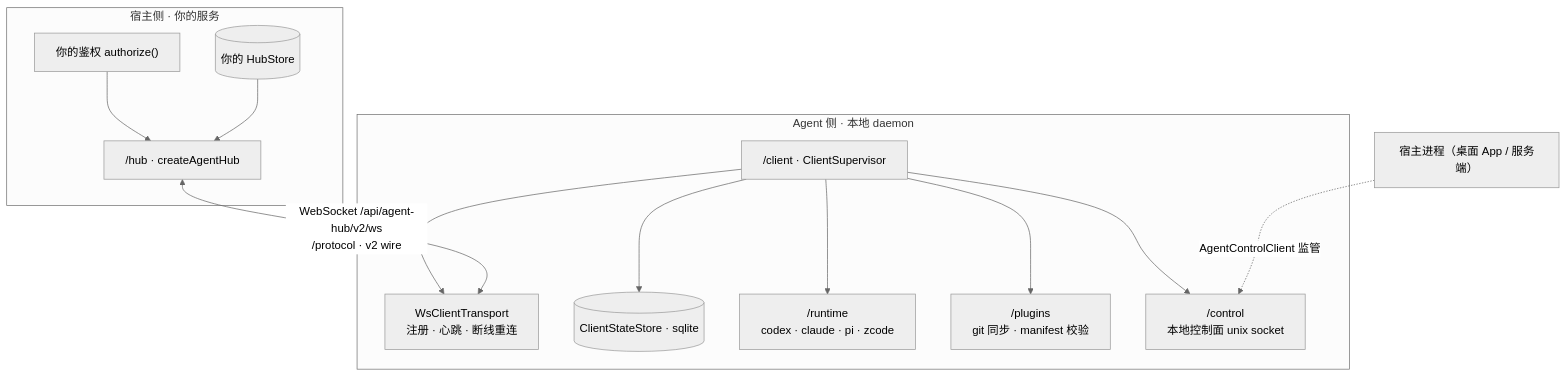
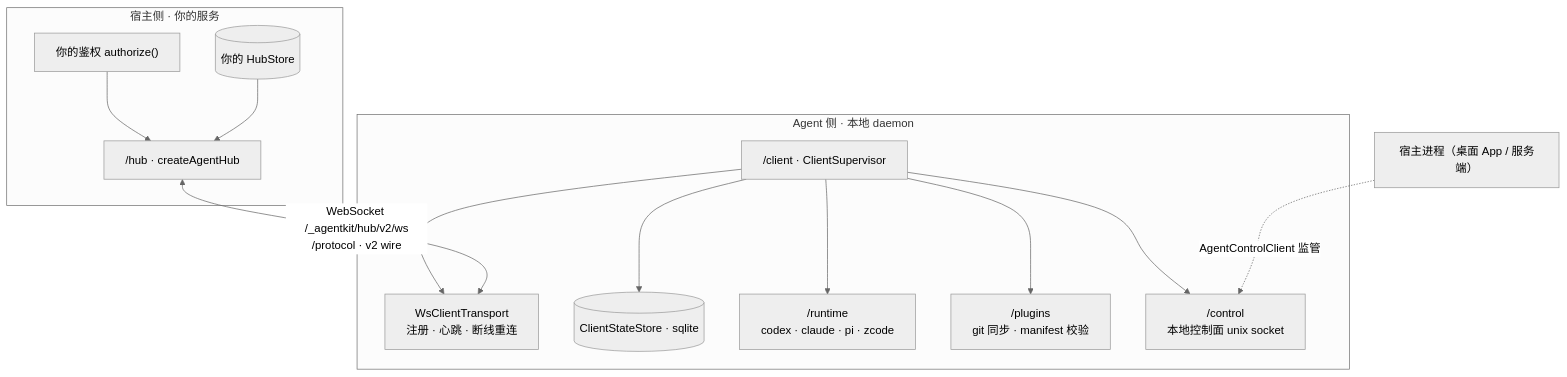
One commit to df007df/allinai-agentkit changed the diagram in README.md. Above: the diagram before and after it, drawn with Mermaid (neutral theme). The commit also changed other lines of this file and 21 other files, not shown here.

First line of the commit message:
feat(routes): gather all hub routes under the /_agentkit reserved prefix

````diff
--- a/README.md
+++ b/README.md
@@ -51,27 +51,27 @@
 ```mermaid
 flowchart TB
     subgraph host["宿主侧 · 你的服务"]
         auth["你的鉴权 authorize()"]
         db[("你的 HubStore")]
         hub["/hub · createAgentHub"]
         auth --> hub
         db --> hub
     end
 
     subgraph agent["Agent 侧 · 本地 daemon"]
         sup["/client · ClientSupervisor"]
         ws["WsClientTransport<br/>注册 · 心跳 · 断线重连"]
         state[("ClientStateStore · sqlite")]
         rt["/runtime<br/>codex · claude · pi · zcode"]
         pl["/plugins<br/>git 同步 · manifest 校验"]
         ctl["/control<br/>本地控制面 unix socket"]
         sup --> ws
         sup --> state
         sup --> rt
         sup --> pl
         sup --> ctl
     end
 
-    hub <-->|"WebSocket /api/agent-hub/v2/ws<br/>/protocol · v2 wire"| ws
+    hub <-->|"WebSocket /_agentkit/hub/v2/ws<br/>/protocol · v2 wire"| ws
     you["宿主进程（桌面 App / 服务端）"] -.->|"AgentControlClient 监管"| ctl
 ```
````
